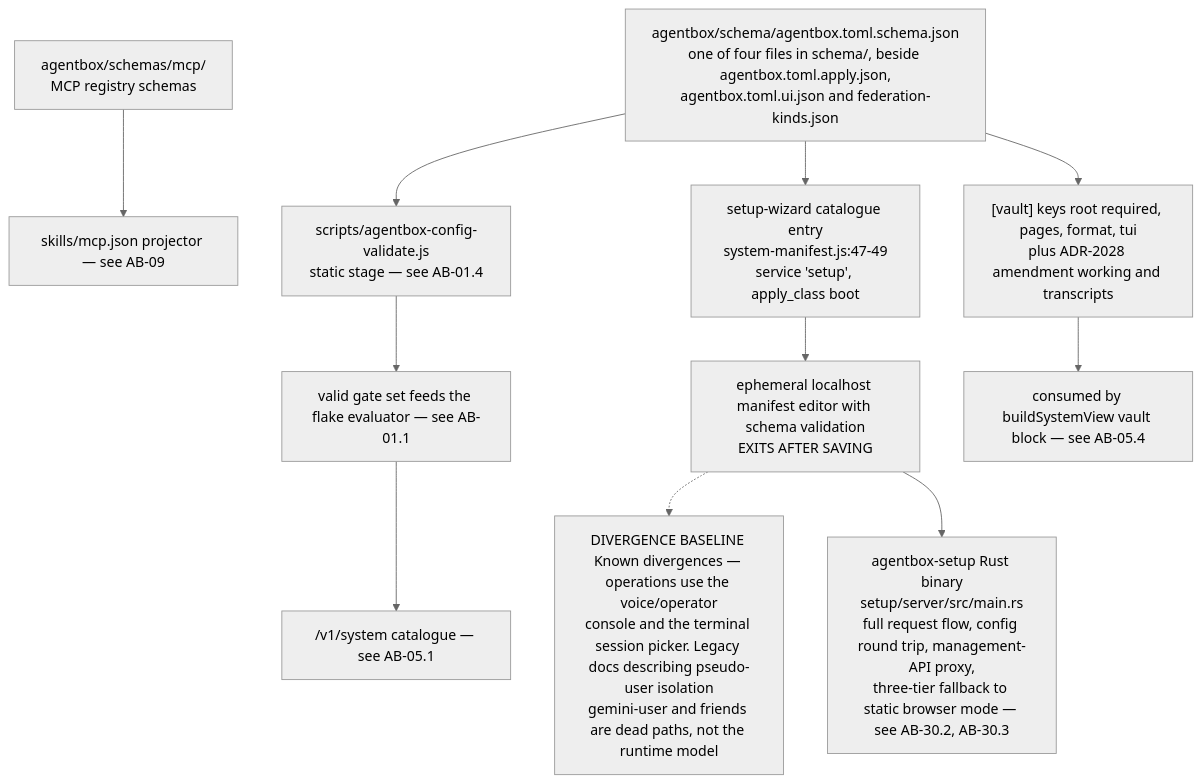
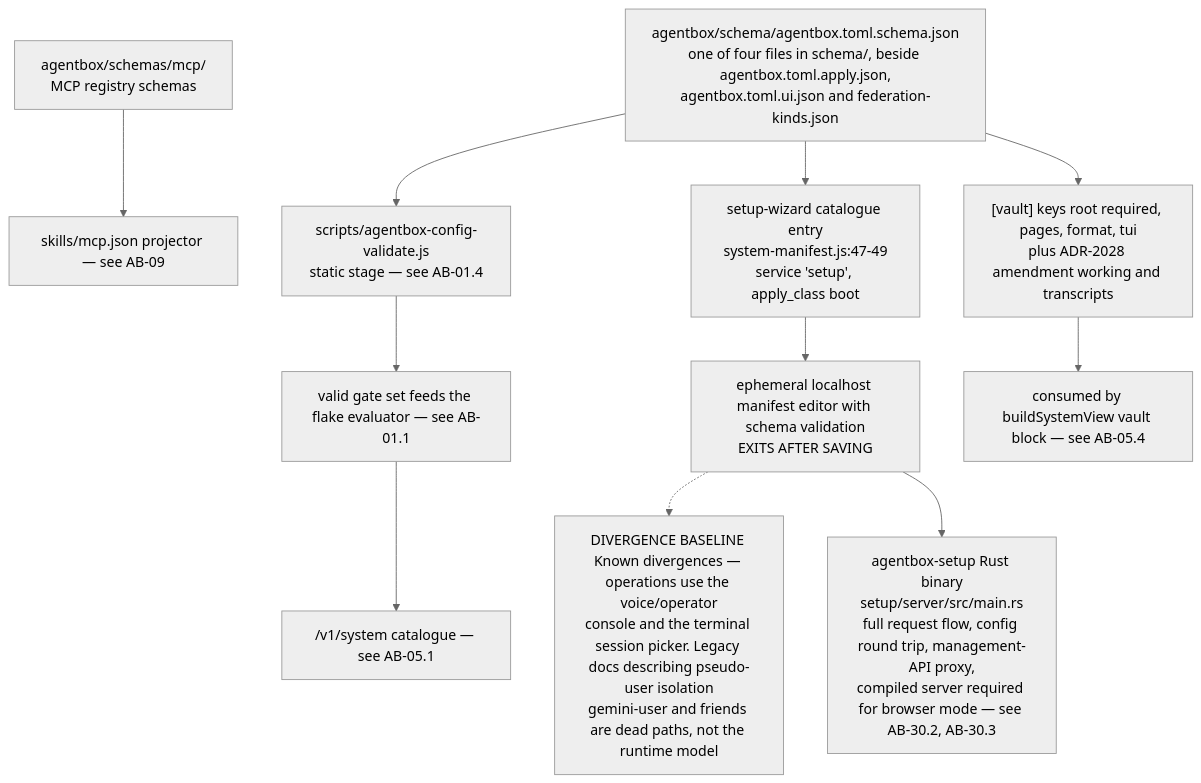
Before and after one commit to DreamLab-AI/VisionFlow: the tenth of 16 diagrams in docs/diagrams/agentbox/05-manifest-gates-and-cli.md, drawn with Mermaid (neutral theme). The commit also changed other lines of this file and 5 other files, not shown here.

````diff
--- a/docs/diagrams/agentbox/05-manifest-gates-and-cli.md
+++ b/docs/diagrams/agentbox/05-manifest-gates-and-cli.md
@@ -344,13 +345,13 @@
 ```mermaid
 flowchart TD
     S1["agentbox/schema/agentbox.toml.schema.json<br/>one of four files in schema/, beside agentbox.toml.apply.json,<br/>agentbox.toml.ui.json and federation-kinds.json"] --> V["scripts/agentbox-config-validate.js<br/>static stage — see AB-01.4"]
     S2["agentbox/schemas/mcp/<br/>MCP registry schemas"] --> P["skills/mcp.json projector — see AB-09"]
     V --> GATE["valid gate set feeds the flake evaluator — see AB-01.1"]
     S1 --> SW["setup-wizard catalogue entry<br/>system-manifest.js:47-49<br/>service 'setup', apply_class boot"]
     SW --> SWB["ephemeral localhost manifest editor with schema validation<br/>EXITS AFTER SAVING"]
     SWB -.-> DIV["DIVERGENCE BASELINE Known divergences — operations use the voice/operator<br/>console and the terminal session picker. Legacy docs describing pseudo-user isolation<br/>gemini-user and friends are dead paths, not the runtime model"]
-    SWB --> BIN["agentbox-setup Rust binary<br/>setup/server/src/main.rs<br/>full request flow, config round trip, management-API proxy,<br/>three-tier fallback to static browser mode — see AB-30.2, AB-30.3"]
+    SWB --> BIN["agentbox-setup Rust binary<br/>setup/server/src/main.rs<br/>full request flow, config round trip, management-API proxy,<br/>compiled server required for browser mode — see AB-30.2, AB-30.3"]
     S1 --> VS["[vault] keys root required, pages, format, tui<br/>plus ADR-2028 amendment working and transcripts"]
     VS --> AB4["consumed by buildSystemView vault block — see AB-05.4"]
     GATE --> MAN["/v1/system catalogue — see AB-05.1"]
 ```
````
